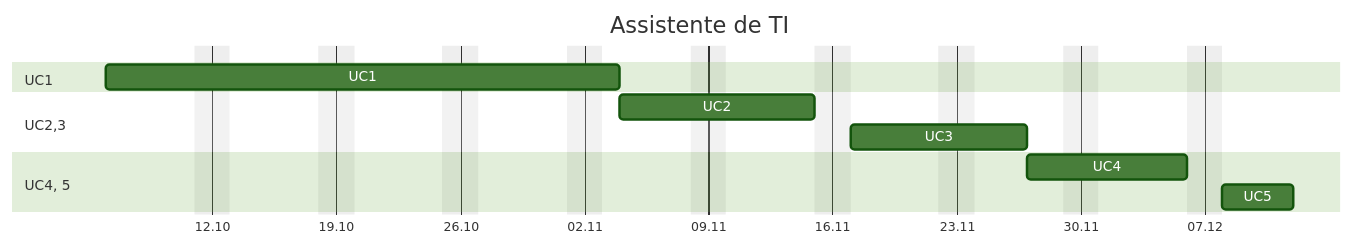
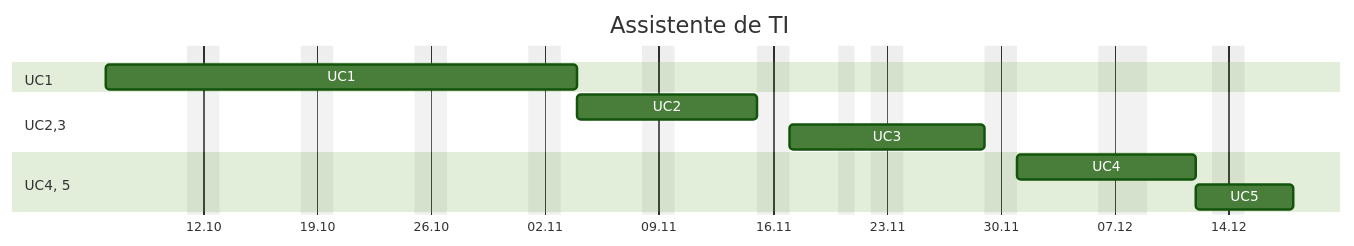
Before and after one commit to jocile/digitalgarden: the diagram in src/site/notes/Assistente-de-TI.md, drawn with Mermaid (forest theme). The commit also changed other lines of this file and 1 other file, not shown here.

````diff
--- a/src/site/notes/Assistente-de-TI.md
+++ b/src/site/notes/Assistente-de-TI.md
@@ -31,16 +31,16 @@
 ```mermaid
 gantt
      title Assistente de TI
      tickInterval 1week
-     excludes Saturday, Sunday, 19:03, 25:03, 17:04, 18:04, 21:04, 01:05, 02:05, 07:05, 14:05, 26:05, 29:05, 30:05
+     excludes Saturday, Sunday, 19:03, 25:03, 17:04, 18:04, 21:04, 01:05, 02:05, 07:05, 14:05, 26:05, 29:05, 30:05, 20:11, 08:12
      dateFormat DD:MM
      axisFormat %d.%m
      section UC1
          UC1 :a1, 06:10, 21d
      section UC2,3
          UC2 :a2,after a1, 9d
-         UC3 :a3, after a2, 8d
+         UC3 :a3, after a2, 9d
      section UC4, 5
-         UC4 :a4, after a3, 7d
+         UC4 :a4, after a3, 8d
          UC5 :a5, after a4, 4d
 ```
````
